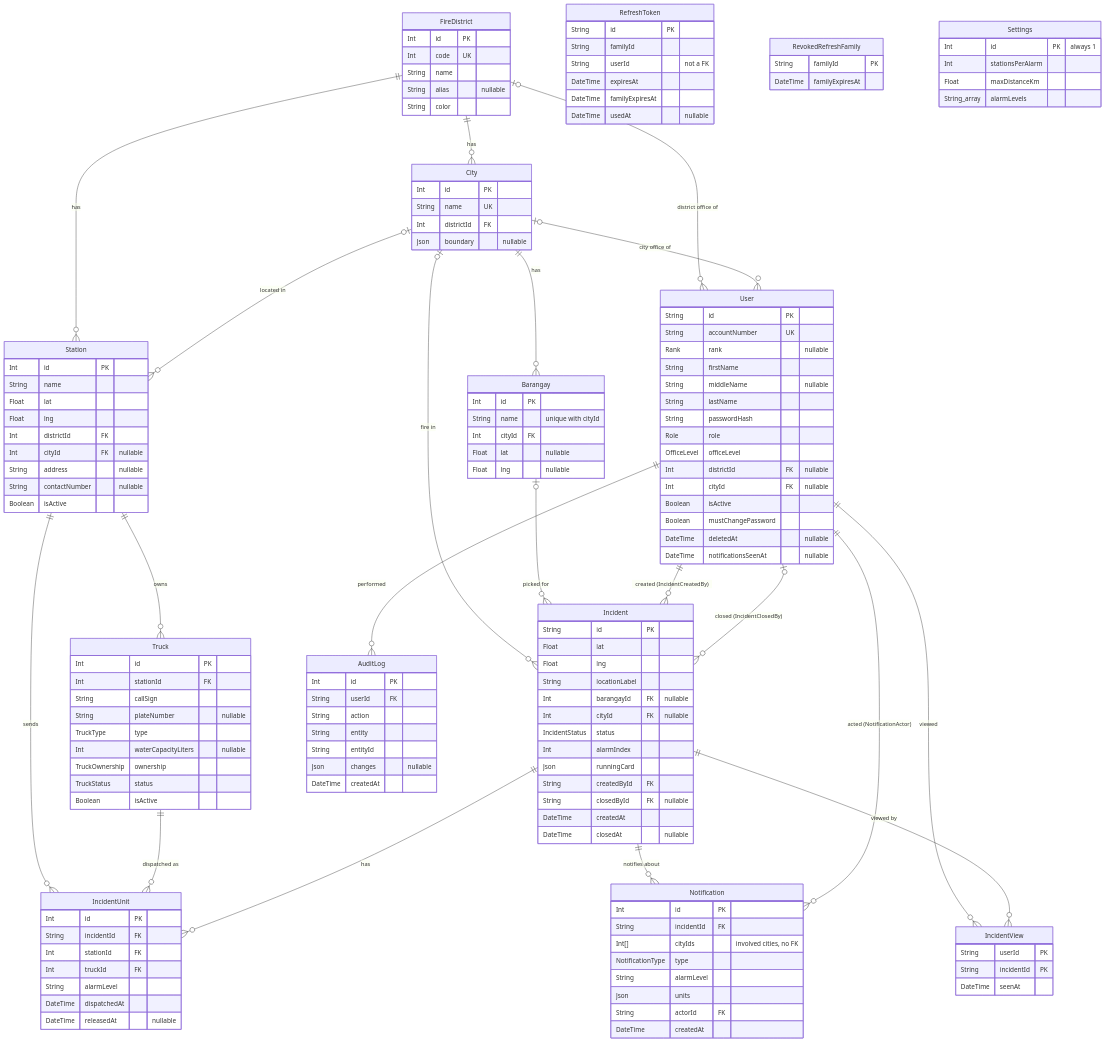
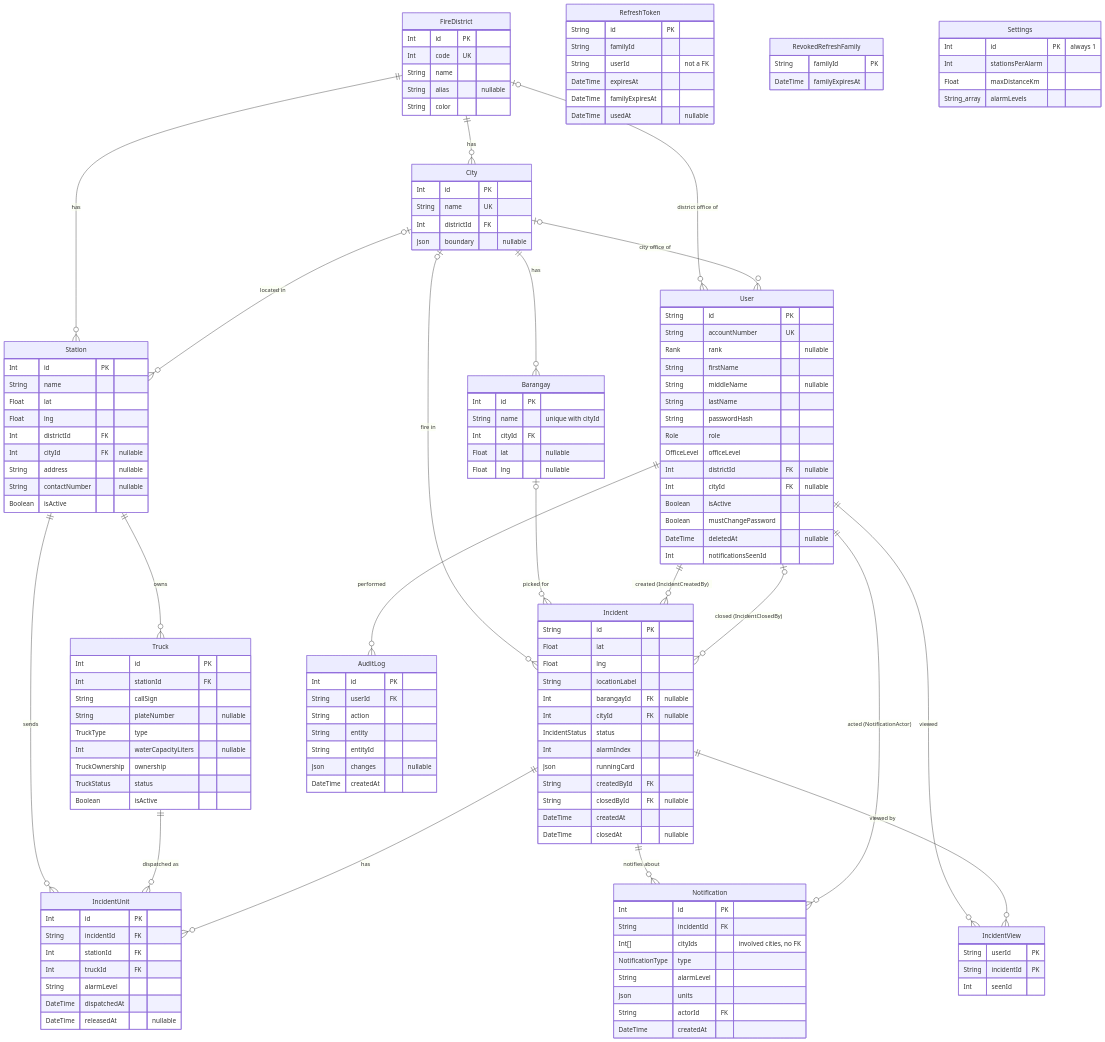
The diagram in docs/database/erd.md (geofreybazar/runningcardsystem), drawn with Mermaid before and after one commit. The commit also changed 11 other files, not shown here.

```diff
--- a/docs/database/erd.md
+++ b/docs/database/erd.md
@@ -81,12 +81,12 @@
     Boolean isActive
     Boolean mustChangePassword
     DateTime deletedAt "nullable"
-    DateTime notificationsSeenAt "nullable"
+    Int notificationsSeenId
   }
   IncidentView {
     String userId PK
     String incidentId PK
-    DateTime seenAt
+    Int seenId
   }
   Notification {
     Int id PK
```
